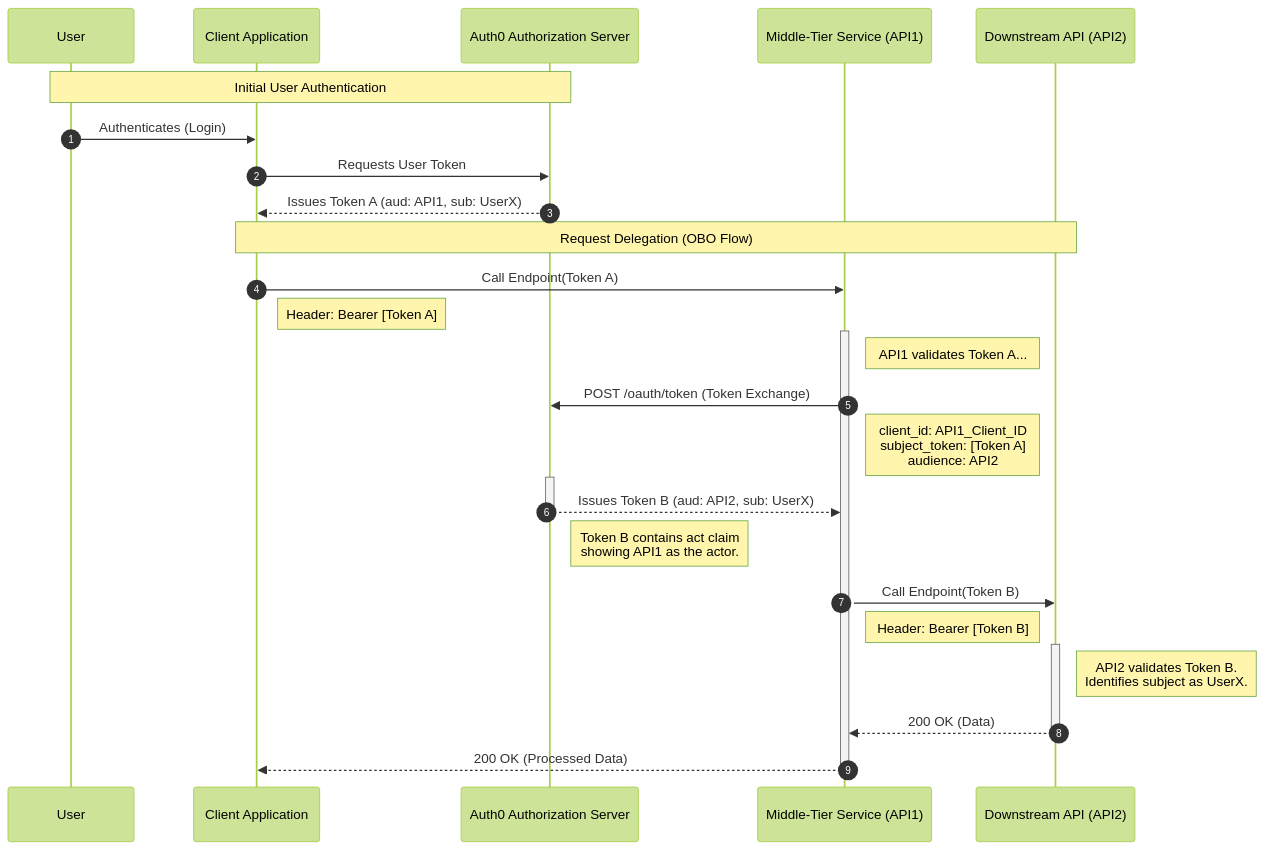
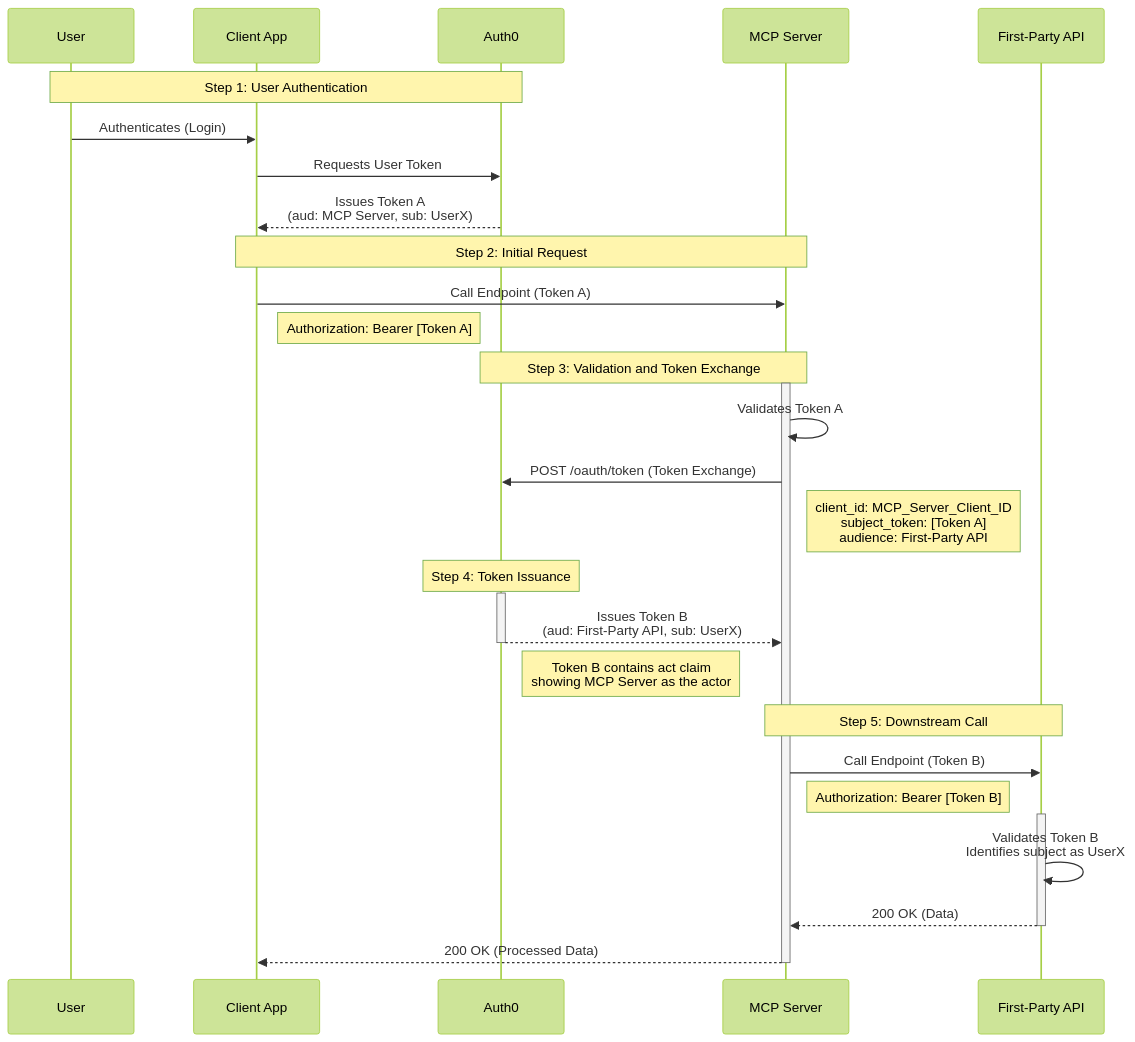
Before and after one commit to auth0/docs-v2: the first of 2 diagrams in main/docs/secure/call-apis-on-users-behalf/on-behalf-of-token-exchange.mdx, drawn with Mermaid (forest theme). The commit also changed other lines of this file, not shown here.

Commit message:
Updated diagrams to match numbered steps

````diff
--- a/main/docs/secure/call-apis-on-users-behalf/on-behalf-of-token-exchange.mdx
+++ b/main/docs/secure/call-apis-on-users-behalf/on-behalf-of-token-exchange.mdx
@@ -138,46 +138,42 @@
 ```mermaid
 sequenceDiagram
-    autonumber
-    participant U as User
-    participant CA as Client Application
-    participant AS as Auth0 Authorization Server
-    participant API1 as Middle-Tier Service (API1)
-    participant API2 as Downstream API (API2)
+    participant User
+    participant Client App
+    participant Auth0
+    participant MCP Server
+    participant First-Party API
 
-    Note over U, AS: Initial User Authentication
-    U->>CA: Authenticates (Login)
-    CA->>AS: Requests User Token
-    AS-->>CA: Issues Token A (aud: API1, sub: UserX)
+    Note over User,Auth0: Step 1: User Authentication
+    User->>Client App: Authenticates (Login)
+    Client App->>Auth0: Requests User Token
+    Auth0-->>Client App: Issues Token A<br/>(aud: MCP Server, sub: UserX)
 
-    Note over CA, API2: Request Delegation (OBO Flow)
+    Note over Client App,MCP Server: Step 2: Initial Request
+    Client App->>MCP Server: Call Endpoint (Token A)
+    Note right of Client App: Authorization: Bearer [Token A]
 
-    %% Step 1: Client calls API1
-    CA->>API1: Call Endpoint(Token A)
-    Note right of CA: Header: Bearer [Token A]
+    Note over MCP Server,Auth0: Step 3: Validation and Token Exchange
+    activate MCP Server
+    MCP Server->>MCP Server: Validates Token A
+    MCP Server->>Auth0: POST /oauth/token (Token Exchange)
+    Note right of MCP Server: client_id: MCP_Server_Client_ID<br/>subject_token: [Token A]<br/>audience: First-Party API
+    
+    Note over Auth0: Step 4: Token Issuance
+    activate Auth0
+    Auth0-->>MCP Server: Issues Token B<br/>(aud: First-Party API, sub: UserX)
+    deactivate Auth0
+    Note right of Auth0: Token B contains act claim<br/>showing MCP Server as the actor
 
-    %% Step 2: API1 validates and performs exchange
-    activate API1
-    Note right of API1: API1 validates Token A...
-    API1->>AS: POST /oauth/token (Token Exchange)
-    Note right of API1: client_id: API1_Client_ID<br/>subject_token: [Token A]<br/>audience: API2
-    activate AS
+    Note over MCP Server,First-Party API: Step 5: Downstream Call
+    MCP Server->>First-Party API: Call Endpoint (Token B)
+    Note right of MCP Server: Authorization: Bearer [Token B]
+    
+    activate First-Party API
+    First-Party API->>First-Party API: Validates Token B<br/>Identifies subject as UserX
+    
+    First-Party API-->>MCP Server: 200 OK (Data)
+    deactivate First-Party API
 
-    %% Step 3: Auth0 issues new token
-    AS-->>API1: Issues Token B (aud: API2, sub: UserX)
-    deactivate AS
-    Note right of AS: Token B contains act claim<br/>showing API1 as the actor.
-
-    %% Step 4: API1 calls API2
-    API1->>API2: Call Endpoint(Token B)
-    Note right of API1: Header: Bearer [Token B]
-    activate API2
-    Note right of API2: API2 validates Token B.<br/>Identifies subject as UserX.
-
-    %% Step 5: Downstream API responds
-    API2-->>API1: 200 OK (Data)
-    deactivate API2
-
-    %% Step 6: API1 responds to initial client
-    API1-->>CA: 200 OK (Processed Data)
-    deactivate API1
+    MCP Server-->>Client App: 200 OK (Processed Data)
+    deactivate MCP Server
 ```
````
